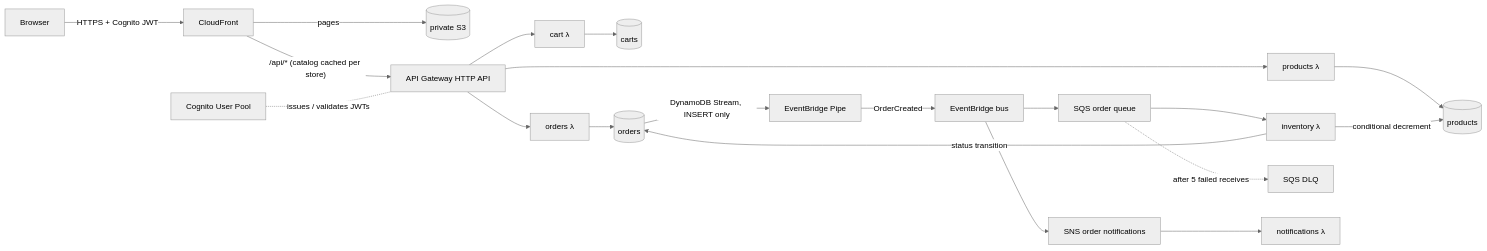
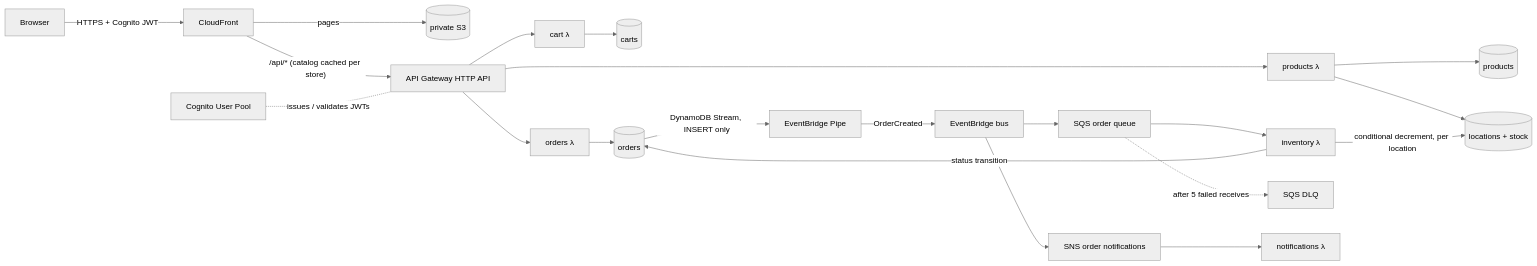
One commit to chateauJ/cloudcart changed the first of 3 diagrams in README.md. Above: the diagram before and after it, drawn with Mermaid (neutral theme). The commit also changed other lines of this file and 33 other files, not shown here.

First line of the commit message:
Hold stock per location and allocate warehouse-first (Step 8.4)

````diff
--- a/README.md
+++ b/README.md
@@ -30,17 +31,18 @@
 ```mermaid
 flowchart LR
     client[Browser] -->|HTTPS + Cognito JWT| cdn[CloudFront]
     cdn -->|pages| s3[(private S3)]
     cdn -->|"/api/* (catalog cached per store)"| api[API Gateway HTTP API]
     cognito[Cognito User Pool] -. issues / validates JWTs .- api
     api --> products[products λ] --> pt[(products)]
+    products --> st[(locations + stock)]
     api --> cart[cart λ] --> ct[(carts)]
     api --> orders[orders λ] --> ot[(orders)]
     ot -->|DynamoDB Stream, INSERT only| pipe[EventBridge Pipe]
     pipe -->|OrderCreated| bus[EventBridge bus]
     bus --> sqs[SQS order queue] --> inventory[inventory λ]
     sqs -. after 5 failed receives .-> dlq[SQS DLQ]
-    inventory -->|conditional decrement| pt
+    inventory -->|"conditional decrement, per location"| st
     inventory -->|status transition| ot
     bus --> sns[SNS order notifications] --> notifications[notifications λ]
 ```
````
